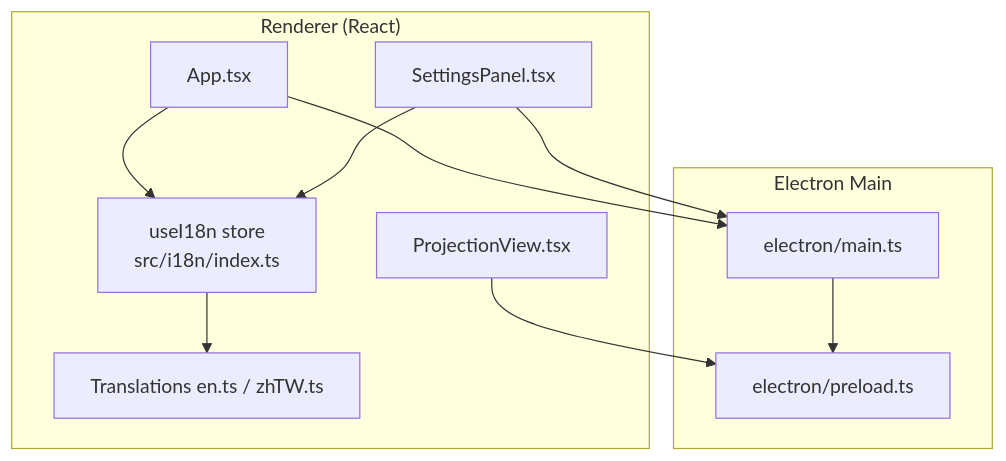
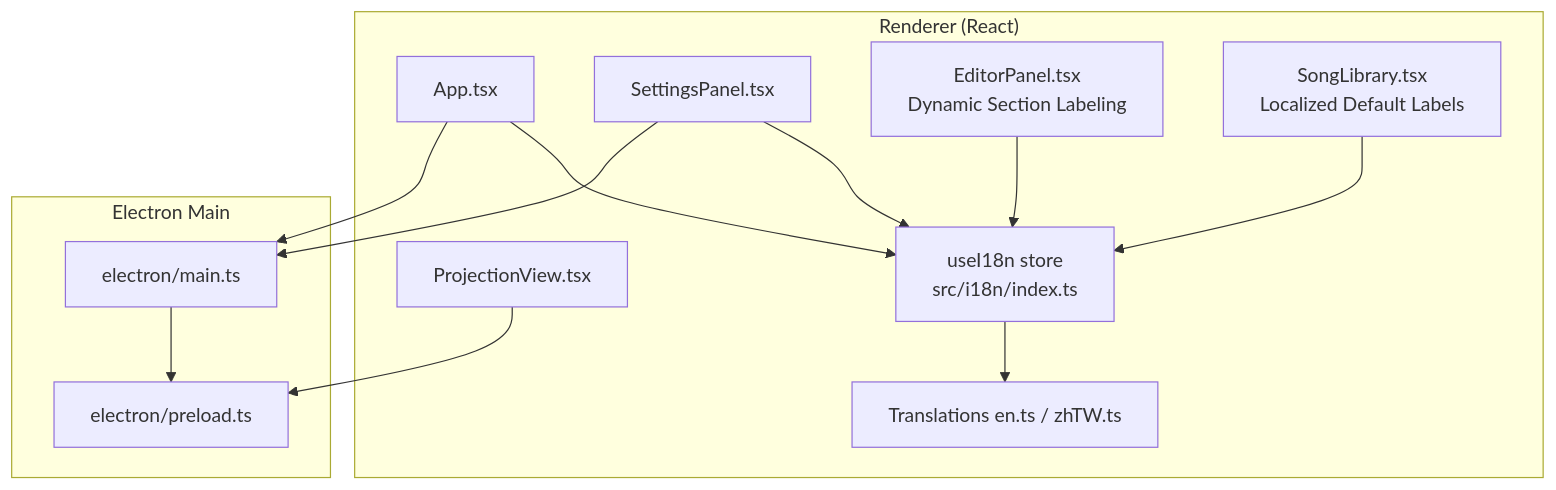
Before and after one commit to jimmywyk/lyricdeck: the first of 6 diagrams in .qoder/repowiki/en/content/Internationalization.md, drawn with Mermaid. The commit also changed other lines of this file and 11 other files, not shown here.

````diff
--- a/.qoder/repowiki/en/content/Internationalization.md
+++ b/.qoder/repowiki/en/content/Internationalization.md
@@ -36,21 +48,25 @@
 ```mermaid
 graph TB
 subgraph "Renderer (React)"
 A["App.tsx"]
 B["SettingsPanel.tsx"]
 C["ProjectionView.tsx"]
 D["useI18n store<br/>src/i18n/index.ts"]
 E["Translations en.ts / zhTW.ts"]
+F["EditorPanel.tsx<br/>Dynamic Section Labeling"]
+G["SongLibrary.tsx<br/>Localized Default Labels"]
 end
 subgraph "Electron Main"
-F["electron/main.ts"]
-G["electron/preload.ts"]
+H["electron/main.ts"]
+I["electron/preload.ts"]
 end
 A --> D
 B --> D
-C --> G
+C --> I
 D --> E
-A --> F
-B --> F
-F --> G
+F --> D
+G --> D
+A --> H
+B --> H
+H --> I
 ```
````
